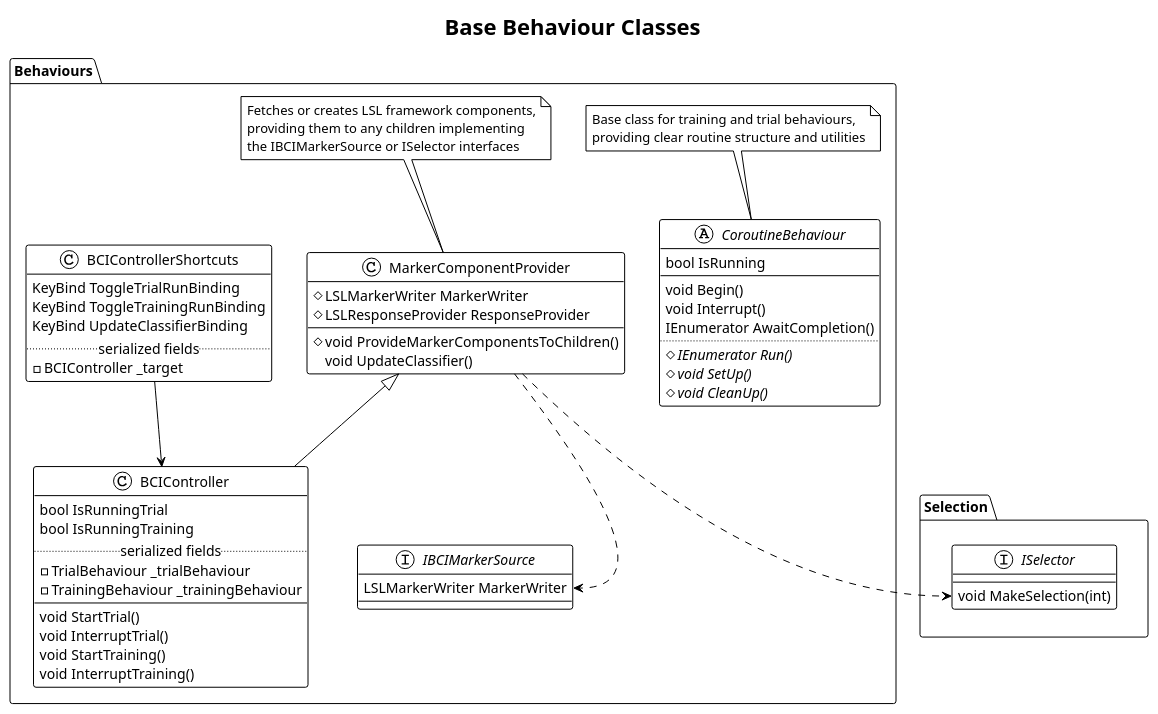
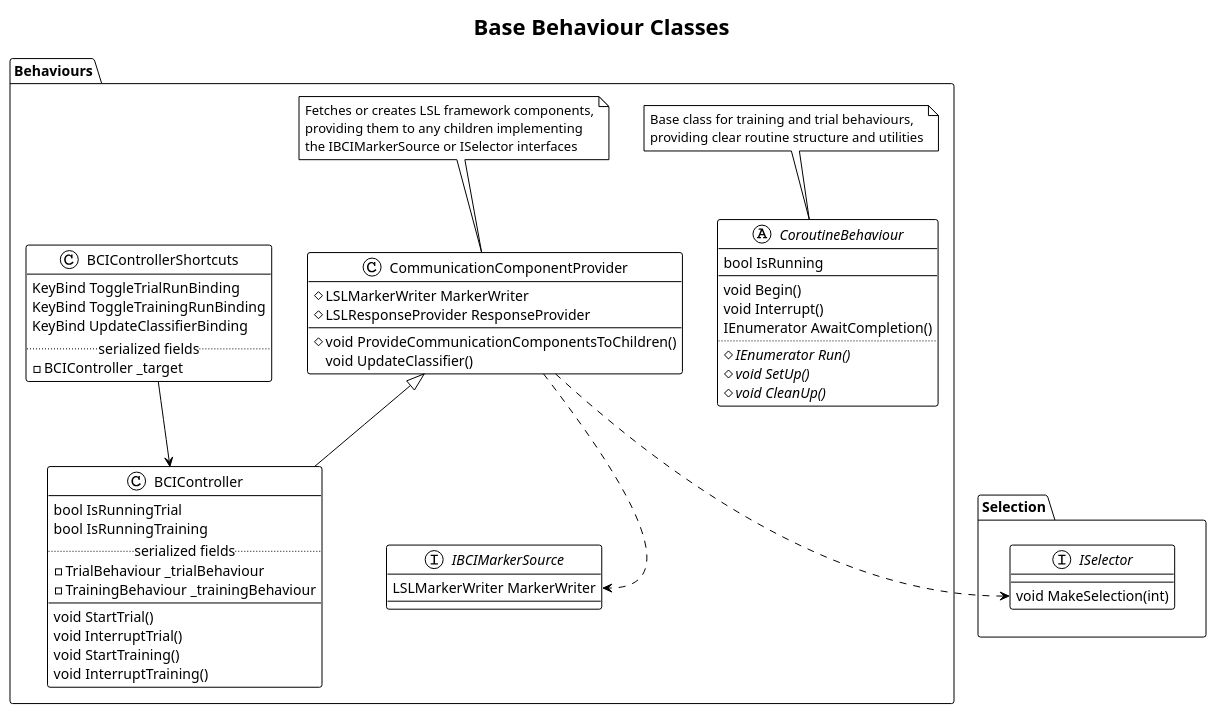
One commit to BCI-Games/bessy-docs changed the diagram in diagrams/behaviours.plantuml. Above: the diagram before and after it, drawn with PlantUML. The commit also changed 1 other file, not shown here.

Commit message:
Updated naming of component provider class

```diff
--- a/diagrams/behaviours.plantuml
+++ b/diagrams/behaviours.plantuml
@@ -1,71 +1,71 @@
 @startuml behaviours
 !theme plain
 title
 Base Behaviour Classes
 end title
 
 together {
     interface Selection.ISelector {
         void MakeSelection(int)
     }
 
     interface Behaviours.IBCIMarkerSource {
         LSLMarkerWriter MarkerWriter
     }
 }
 
 namespace Behaviours {
     abstract CoroutineBehaviour {
         bool IsRunning
         --
         void Begin()
         void Interrupt()
         IEnumerator AwaitCompletion()
         ..
         {abstract} # IEnumerator Run()
         {abstract} # void SetUp()
         {abstract} # void CleanUp()
     }
     note top
         Base class for training and trial behaviours,
         providing clear routine structure and utilities
     end note
 
-    class MarkerComponentProvider {
+    class CommunicationComponentProvider {
         # LSLMarkerWriter MarkerWriter
         # LSLResponseProvider ResponseProvider
-        # void ProvideMarkerComponentsToChildren()
+        # void ProvideCommunicationComponentsToChildren()
         void UpdateClassifier()
     }
     note top
         Fetches or creates LSL framework components,
         providing them to any children implementing
         the IBCIMarkerSource or ISelector interfaces
     end note
-    MarkerComponentProvider ..> IBCIMarkerSource::MarkerWriter
-    MarkerComponentProvider ..> ISelector::MakeSelection
+    CommunicationComponentProvider ..> IBCIMarkerSource::MarkerWriter
+    CommunicationComponentProvider ..> ISelector::MakeSelection
 
-    class BCIController extends MarkerComponentProvider {
+    class BCIController extends CommunicationComponentProvider {
         bool IsRunningTrial
         bool IsRunningTraining
         ..serialized fields..
         - TrialBehaviour _trialBehaviour
         - TrainingBehaviour _trainingBehaviour
         --
         void StartTrial()
         void InterruptTrial()
         void StartTraining()
         void InterruptTraining()
     }
 
     class BCIControllerShortcuts {
         KeyBind ToggleTrialRunBinding
         KeyBind ToggleTrainingRunBinding
         KeyBind UpdateClassifierBinding
         ..serialized fields..
         - BCIController _target
     }
     BCIControllerShortcuts --> BCIController
 }
 
 @enduml
```
